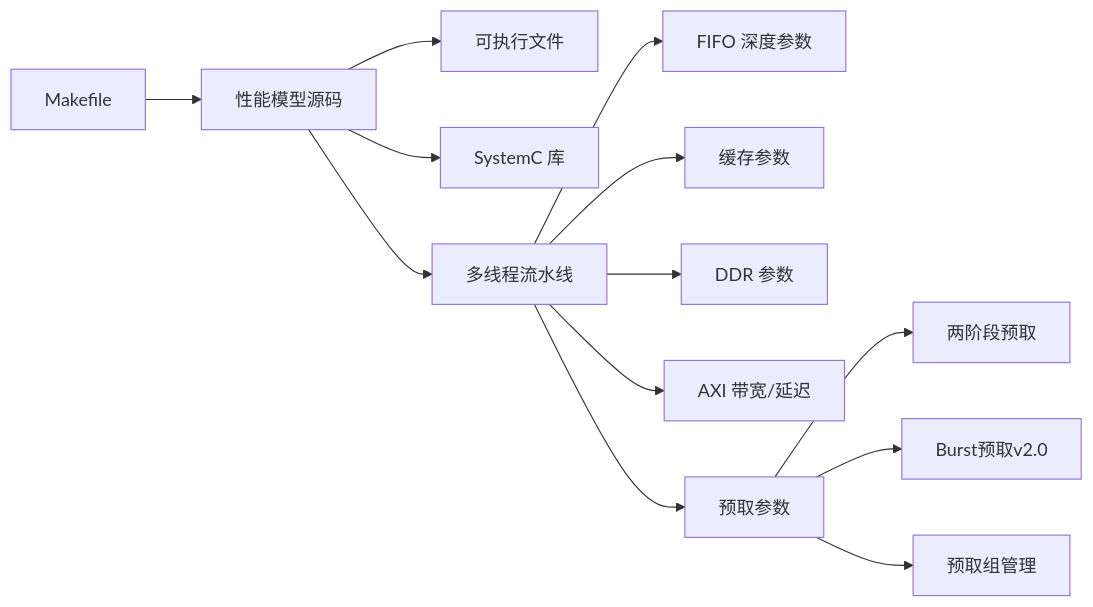
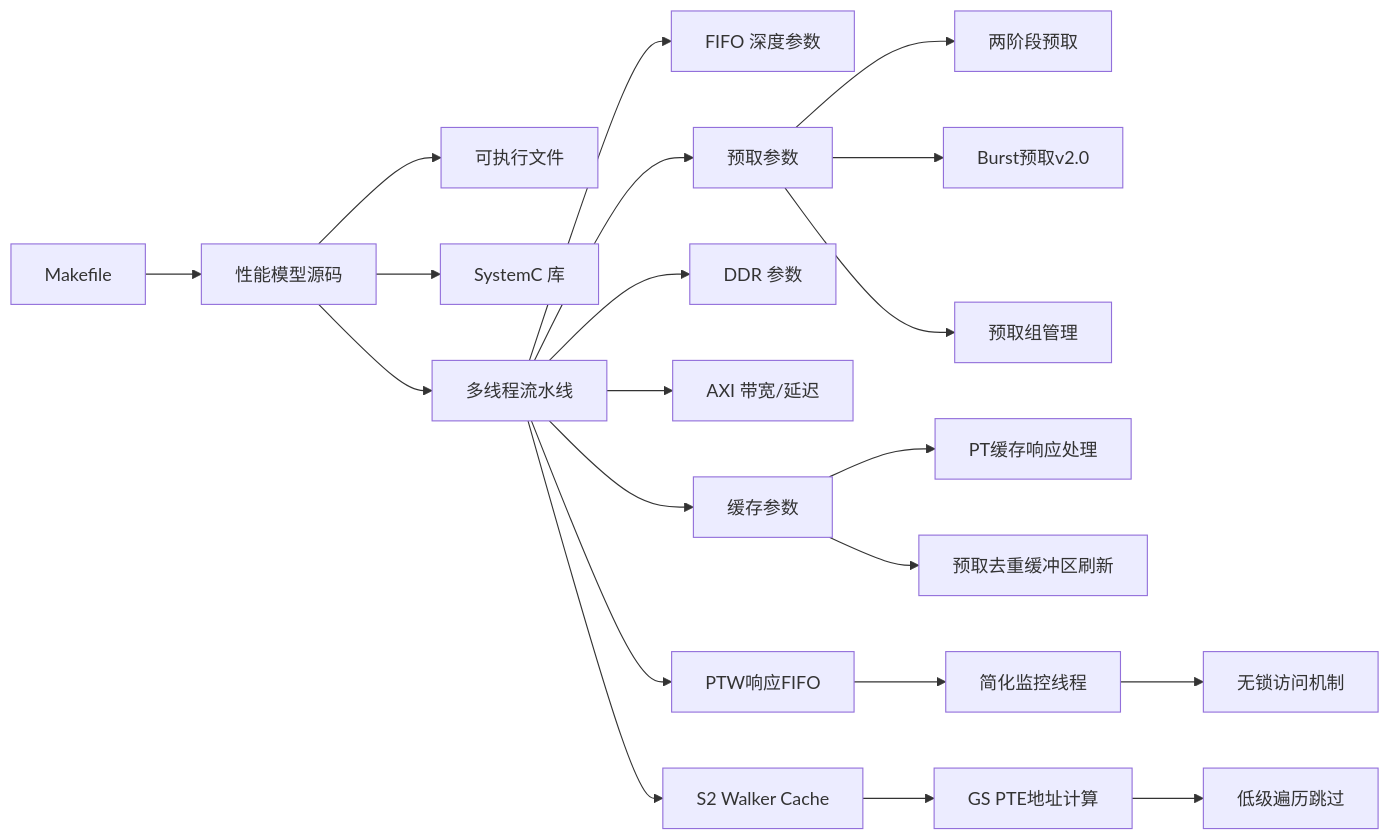
Diagram 14 of 14 in .qoder/repowiki/zh/content/性能模型/性能模型.md (jiangjiang1122/iommu_model_20260401_v1), drawn with Mermaid before and after one commit. The commit also changed other lines of this file and 21 other files, not shown here.

````diff
--- a/.qoder/repowiki/zh/content/性能模型/性能模型.md
+++ b/.qoder/repowiki/zh/content/性能模型/性能模型.md
@@ -493,15 +870,23 @@
 ```mermaid
 graph LR
 MK["Makefile"] --> SRC["性能模型源码"]
 SRC --> BIN["可执行文件"]
 SRC --> LIB["SystemC 库"]
 SRC --> THR["多线程流水线"]
 THR --> FIFO["FIFO 深度参数"]
 THR --> CACHE["缓存参数"]
 THR --> DDR["DDR 参数"]
 THR --> AXI["AXI 带宽/延迟"]
 THR --> PREFETCH["预取参数"]
 PREFETCH --> TSP["两阶段预取"]
 PREFETCH --> BPV["Burst预取v2.0"]
 PREFETCH --> PGM["预取组管理"]
+CACHE --> PCRH["PT缓存响应处理"]
+CACHE --> PDRF["预取去重缓冲区刷新"]
+THR --> PRF["PTW响应FIFO"]
+PRF --> SMO["简化监控线程"]
+SMO --> LOA["无锁访问机制"]
+THR --> S2C["S2 Walker Cache"]
+S2C --> GSC["GS PTE地址计算"]
+GSC --> SKP["低级遍历跳过"]
 ```
````
